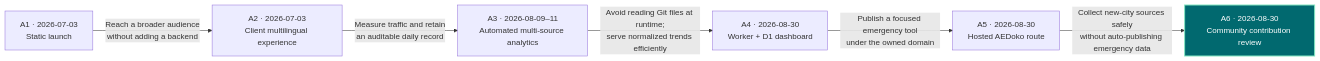
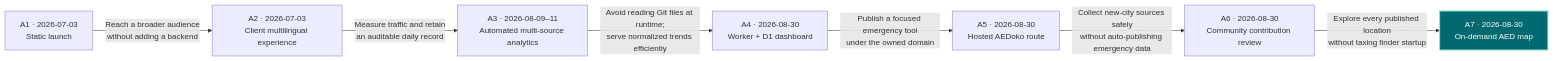
One commit to sunveda/sunveda.tech changed the second of 2 diagrams in README.md. Above: the diagram before and after it, drawn with Mermaid. The commit also changed other lines of this file and 8 other files, not shown here.

Commit message:
Publish lazy AED map

````diff
--- a/README.md
+++ b/README.md
@@ -161,18 +179,20 @@
 ```mermaid
 flowchart LR
   A1["A1 · 2026-07-03<br/>Static launch"]
   A2["A2 · 2026-07-03<br/>Client multilingual experience"]
   A3["A3 · 2026-08-09–11<br/>Automated multi-source analytics"]
   A4["A4 · 2026-08-30<br/>Worker + D1 dashboard"]
   A5["A5 · 2026-08-30<br/>Hosted AEDoko route"]
   A6["A6 · 2026-08-30<br/>Community contribution review"]
+  A7["A7 · 2026-08-30<br/>On-demand AED map"]
 
   A1 -->|Reach a broader audience<br/>without adding a backend| A2
   A2 -->|Measure traffic and retain<br/>an auditable daily record| A3
   A3 -->|Avoid reading Git files at runtime;<br/>serve normalized trends efficiently| A4
   A4 -->|Publish a focused emergency tool<br/>under the owned domain| A5
   A5 -->|Collect new-city sources safely<br/>without auto-publishing emergency data| A6
+  A6 -->|Explore every published location<br/>without taxing finder startup| A7
 
   classDef current fill:#01696f,color:#fff,stroke:#83e6c2,stroke-width:2px;
-  class A6 current;
+  class A7 current;
 ```
````
